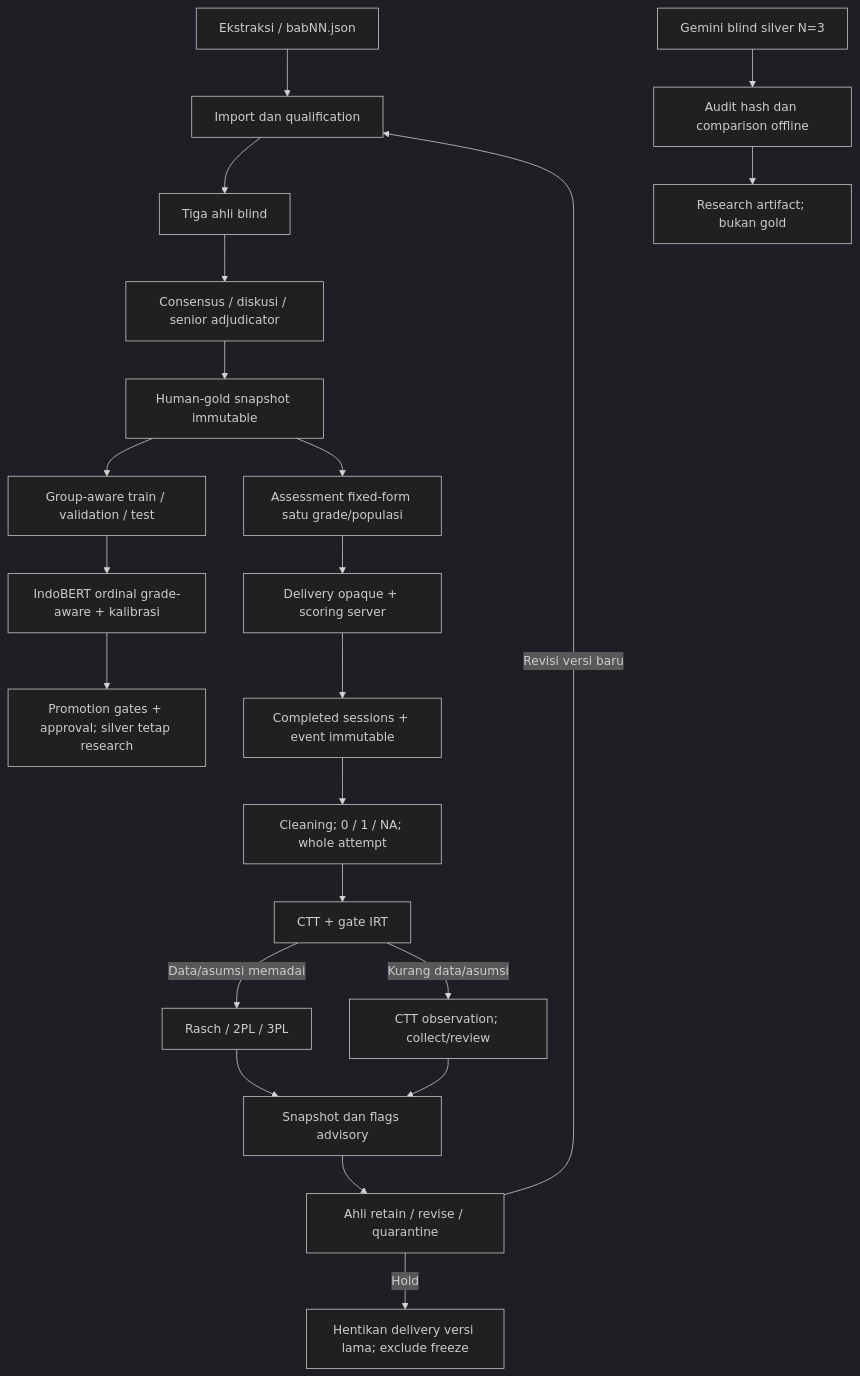
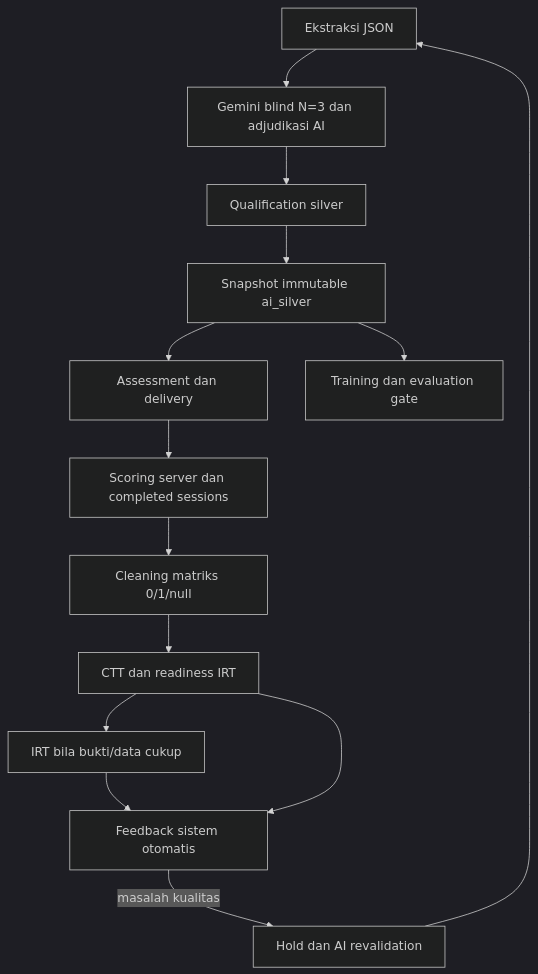
Before and after one commit to Project-Big-Data-26/assessment_service: the diagram in API_DOCUMENTATION/15_AUTONOMOUS_AI_PSYCHOMETRIC_LEARNING_ARCHITECTURE.md, drawn with Mermaid (dark theme). The commit also changed other lines of this file and 280 other files, not shown here.

First line of the commit message:
Refactor tests to replace "gold" terminology with "silver" and update related logic

````diff
--- a/API_DOCUMENTATION/15_AUTONOMOUS_AI_PSYCHOMETRIC_LEARNING_ARCHITECTURE.md
+++ b/API_DOCUMENTATION/15_AUTONOMOUS_AI_PSYCHOMETRIC_LEARNING_ARCHITECTURE.md
@@ -5,24 +5,16 @@
 ```mermaid
 flowchart TD
-  E[Ekstraksi / babNN.json] --> Q[Import dan qualification]
-  Q --> H[Tiga ahli blind]
-  H --> C[Consensus / diskusi / senior adjudicator]
-  C --> G[Human-gold snapshot immutable]
-  G --> T[Group-aware train / validation / test]
-  T --> I[IndoBERT ordinal grade-aware + kalibrasi]
-  I --> P[Promotion gates + approval; silver tetap research]
-  G --> A[Assessment fixed-form satu grade/populasi]
-  A --> D[Delivery opaque + scoring server]
-  D --> R[Completed sessions + event immutable]
-  R --> M[Cleaning; 0 / 1 / NA; whole attempt]
-  M --> B[CTT + gate IRT]
-  B -->|Data/asumsi memadai| F[Rasch / 2PL / 3PL]
-  B -->|Kurang data/asumsi| W[CTT observation; collect/review]
-  F --> X[Snapshot dan flags advisory]
-  W --> X
-  X --> V[Ahli retain / revise / quarantine]
-  V -->|Hold| S[Hentikan delivery versi lama; exclude freeze]
-  V -->|Revisi versi baru| Q
-  L[Gemini blind silver N=3] --> O[Audit hash dan comparison offline]
-  O --> N[Research artifact; bukan gold]
+ E[Ekstraksi JSON] --> L[Gemini blind N=3 dan adjudikasi AI]
+ L --> Q[Qualification silver]
+ Q --> S[Snapshot immutable ai_silver]
+ S --> D[Assessment dan delivery]
+ D --> R[Scoring server dan completed sessions]
+ R --> M[Cleaning matriks 0/1/null]
+ M --> C[CTT dan readiness IRT]
+ C --> I[IRT bila bukti/data cukup]
+ I --> F[Feedback sistem otomatis]
+ C --> F
+ F -->|masalah kualitas| H[Hold dan AI revalidation]
+ H --> E
+ S --> T[Training dan evaluation gate]
 ```
````
